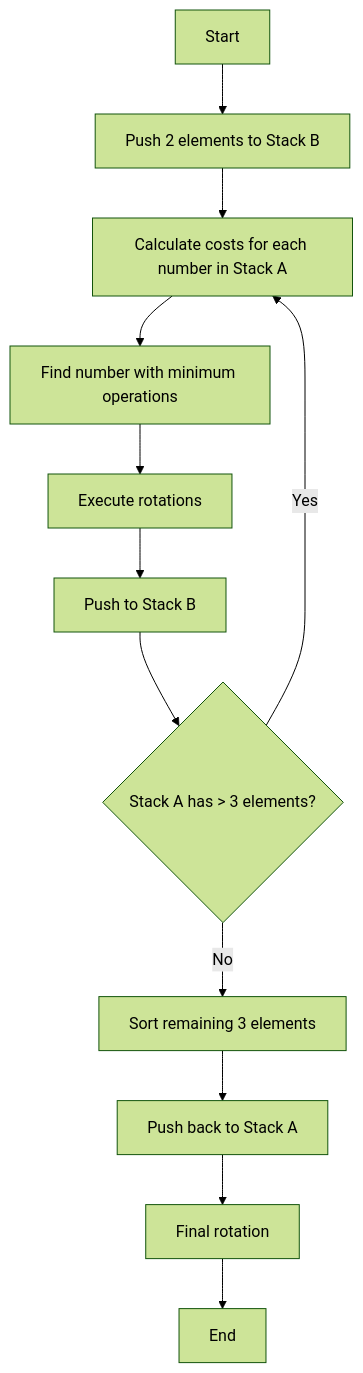
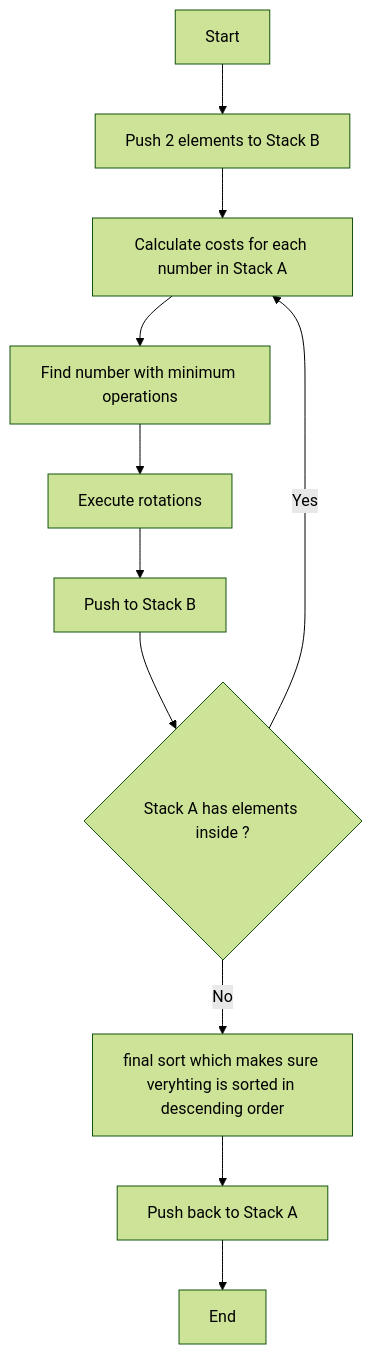
Before and after one commit to Idriz4work/push_swap: the diagram in readme.md, drawn with Mermaid (forest theme).

````diff
--- a/readme.md
+++ b/readme.md
@@ -40,14 +22,13 @@
 ```mermaid
 graph TD
     A[Start] --> B[Push 2 elements to Stack B]
     B --> C[Calculate costs for each number in Stack A]
     C --> D[Find number with minimum operations]
     D --> E[Execute rotations]
     E --> F[Push to Stack B]
-    F --> G{Stack A has > 3 elements?}
+    F --> G{Stack A has elements inside ?}
     G -->|Yes| C
-    G -->|No| H[Sort remaining 3 elements]
+    G -->|No| H[ final sort which makes sure veryhting is sorted in descending order]
     H --> I[Push back to Stack A]
-    I --> J[Final rotation]
-    J --> K[End]
+    I --> J[End]
 ```
````
